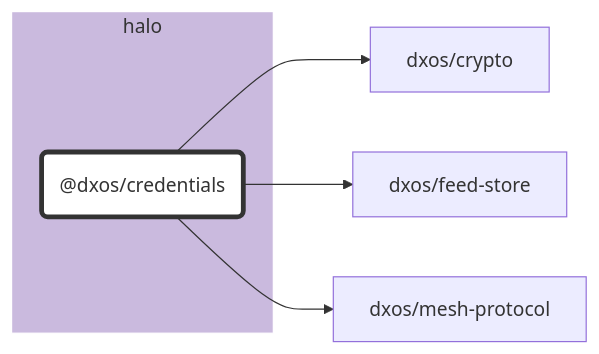
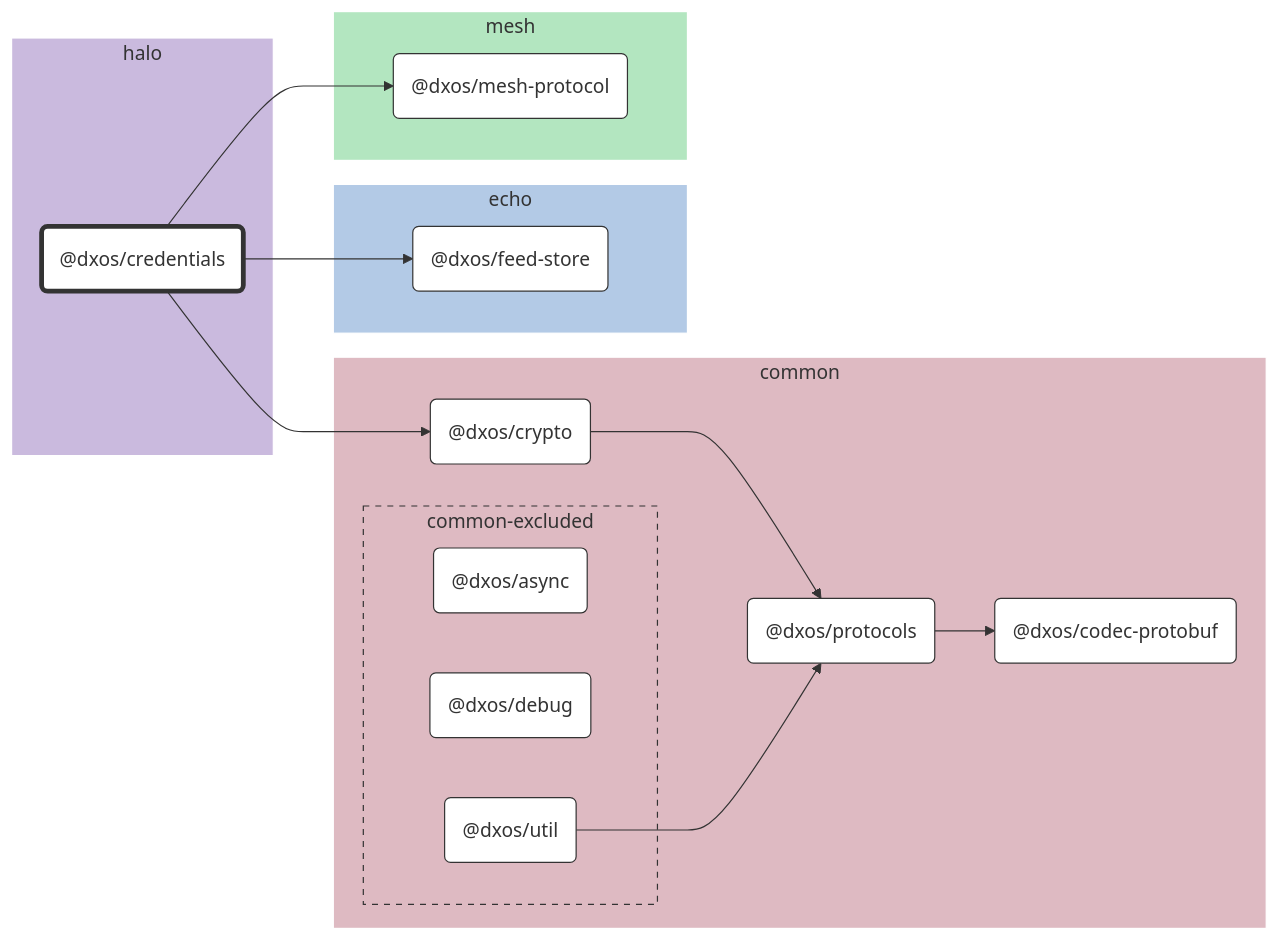
Before and after one commit to dxos/dxos: the diagram in packages/halo/credentials/docs/README.md, drawn with Mermaid. The commit also changed 65 other files, not shown here.

````diff
--- a/packages/halo/credentials/docs/README.md
+++ b/packages/halo/credentials/docs/README.md
@@ -7,23 +7,58 @@
 ```mermaid
 %%{ init: {'flowchart':{'curve':'basis'}} }%%
 
 flowchart LR
 
 %% Classes
 classDef def fill:#fff,stroke:#333,stroke-width:1px
 classDef root fill:#fff,stroke:#333,stroke-width:4px
 
 %% Nodes
 
 subgraph halo [halo]
   style halo fill:#cabade,stroke:#fff
   dxos/credentials("@dxos/credentials"):::root
   click dxos/credentials "dxos/dxos/tree/main/packages/halo/credentials/docs"
 end
 
+subgraph common [common]
+  style common fill:#debac2,stroke:#fff
+  dxos/codec-protobuf("@dxos/codec-protobuf"):::def
+  click dxos/codec-protobuf "dxos/dxos/tree/main/packages/common/codec-protobuf/docs"
+  dxos/crypto("@dxos/crypto"):::def
+  click dxos/crypto "dxos/dxos/tree/main/packages/common/crypto/docs"
+  dxos/protocols("@dxos/protocols"):::def
+  click dxos/protocols "dxos/dxos/tree/main/packages/common/protocols/docs"
+
+  subgraph common-excluded [common-excluded]
+    style common-excluded fill:#debac2,stroke:#333,stroke-dasharray:5 5
+    dxos/async("@dxos/async"):::def
+    click dxos/async "dxos/dxos/tree/main/packages/common/async/docs"
+    dxos/debug("@dxos/debug"):::def
+    click dxos/debug "dxos/dxos/tree/main/packages/common/debug/docs"
+    dxos/util("@dxos/util"):::def
+    click dxos/util "dxos/dxos/tree/main/packages/common/util/docs"
+  end
+end
+
+subgraph echo [echo]
+  style echo fill:#b3cae6,stroke:#fff
+  dxos/feed-store("@dxos/feed-store"):::def
+  click dxos/feed-store "dxos/dxos/tree/main/packages/echo/feed-store/docs"
+end
+
+subgraph mesh [mesh]
+  style mesh fill:#b3e6c0,stroke:#fff
+  dxos/mesh-protocol("@dxos/mesh-protocol"):::def
+  click dxos/mesh-protocol "dxos/dxos/tree/main/packages/mesh/mesh-protocol/docs"
+end
+
 %% Links
 linkStyle default stroke:#333,stroke-width:1px
 dxos/credentials --> dxos/crypto
+dxos/crypto --> dxos/protocols
+dxos/protocols --> dxos/codec-protobuf
 dxos/credentials --> dxos/feed-store
+dxos/util --> dxos/protocols
 dxos/credentials --> dxos/mesh-protocol
 ```
````
